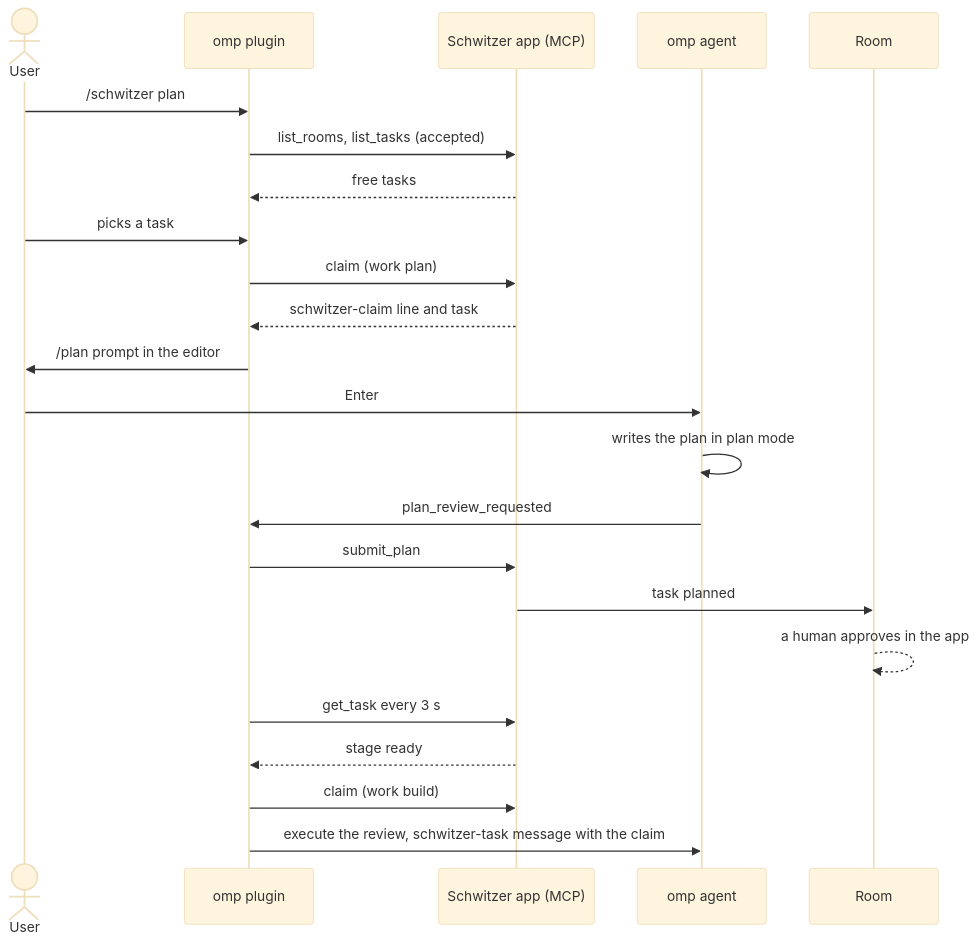
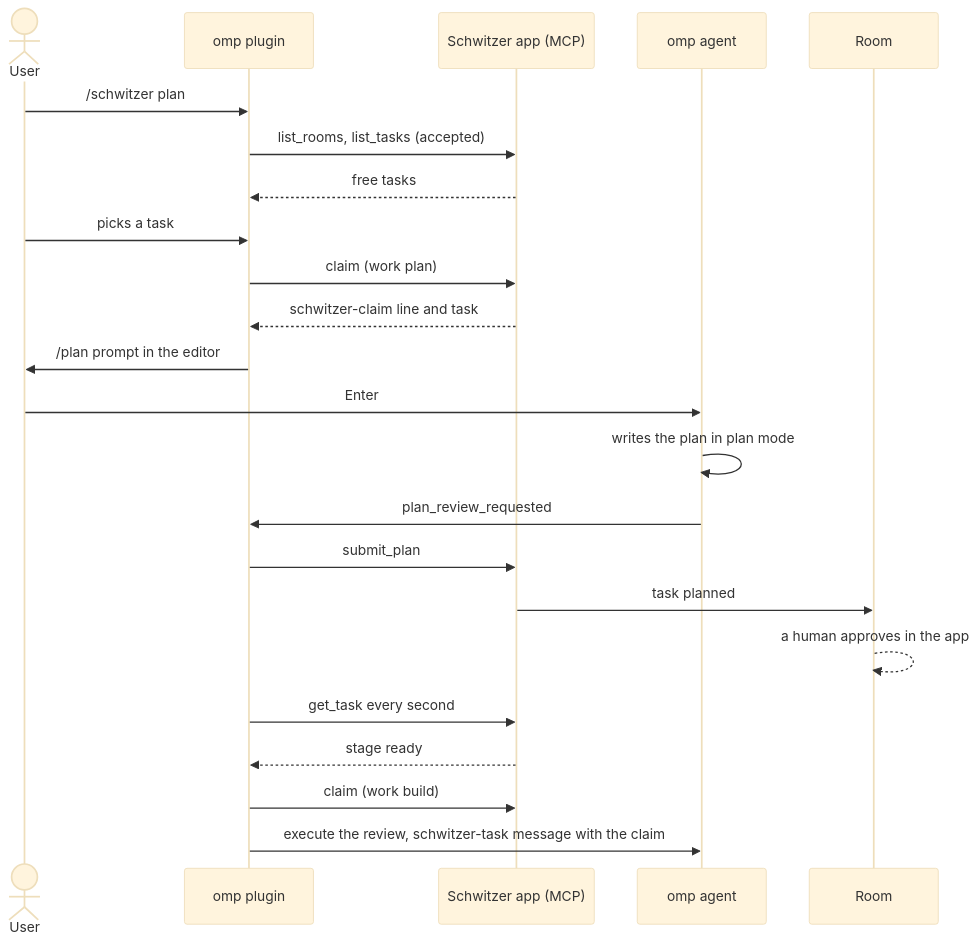
The diagram in crates/schwitzer-app/omp-plugin/README.md (griasdi/schwitzer), drawn with Mermaid (base theme) before and after one commit. The commit also changed other lines of this file and 14 other files, not shown here.

````diff
--- a/crates/schwitzer-app/omp-plugin/README.md
+++ b/crates/schwitzer-app/omp-plugin/README.md
@@ -44,25 +44,25 @@
 ```mermaid
 sequenceDiagram
     actor User
     participant Plugin as omp plugin
     participant App as Schwitzer app (MCP)
     participant Agent as omp agent
     participant Room as Room
     User->>Plugin: /schwitzer plan
     Plugin->>App: list_rooms, list_tasks (accepted)
     App-->>Plugin: free tasks
     User->>Plugin: picks a task
     Plugin->>App: claim (work plan)
     App-->>Plugin: schwitzer-claim line and task
     Plugin->>User: /plan prompt in the editor
     User->>Agent: Enter
     Agent->>Agent: writes the plan in plan mode
     Agent->>Plugin: plan_review_requested
     Plugin->>App: submit_plan
     App->>Room: task planned
     Room-->>Room: a human approves in the app
-    Plugin->>App: get_task every 3 s
+    Plugin->>App: get_task every second
     App-->>Plugin: stage ready
     Plugin->>App: claim (work build)
     Plugin->>Agent: execute the review, schwitzer-task message with the claim
 ```
````
